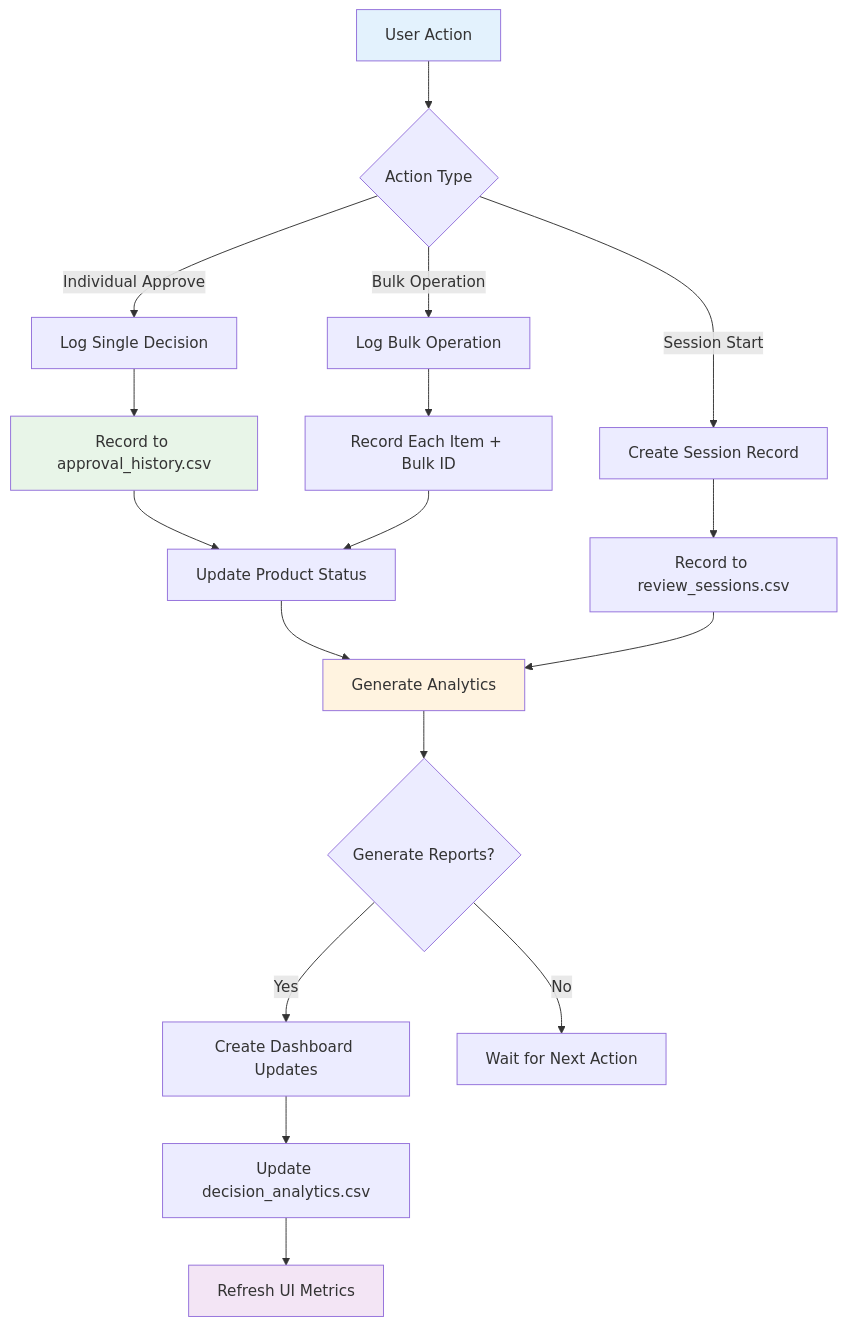
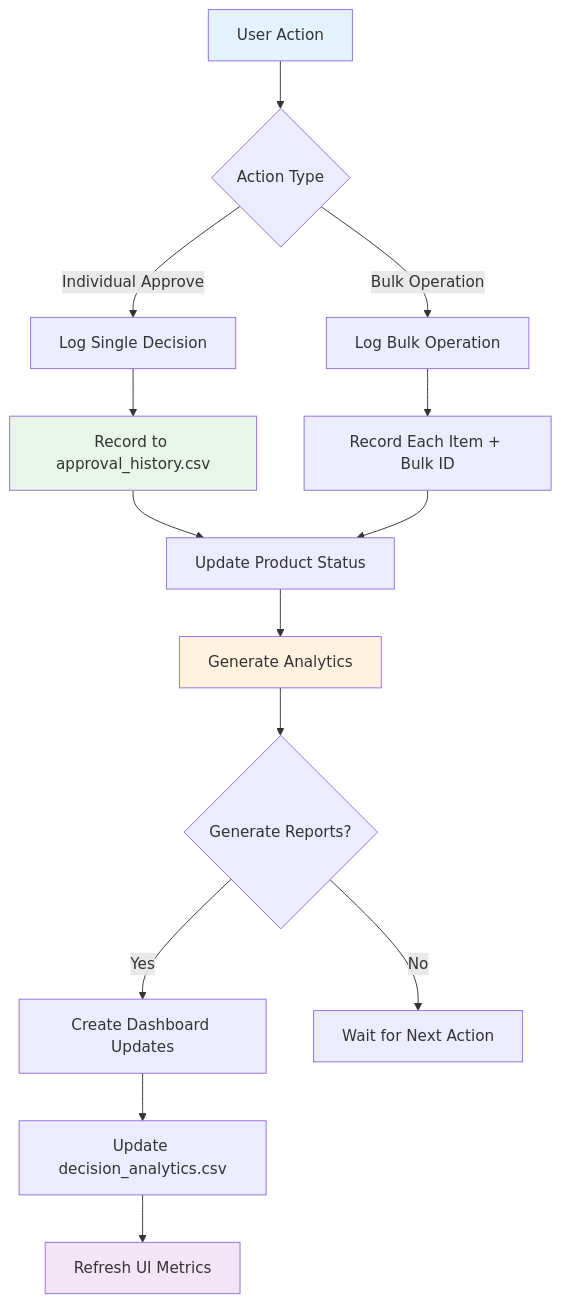
The fifth of 6 diagrams in RECOMMENDED_PRODUCTS_PLAN.md (azen-alex/streamlit), drawn with Mermaid before and after one commit. The commit also changed other lines of this file and 1 other file, not shown here.

First line of the commit message:
Remove review sessions feature from documentation and code

````diff
--- a/RECOMMENDED_PRODUCTS_PLAN.md
+++ b/RECOMMENDED_PRODUCTS_PLAN.md
@@ -411,29 +376,26 @@
 ```mermaid
 flowchart TD
     A[User Action] --> B{Action Type}
     B -->|Individual Approve| C[Log Single Decision]
     B -->|Bulk Operation| D[Log Bulk Operation]
-    B -->|Session Start| E[Create Session Record]
     
     C --> F[Record to approval_history.csv]
     D --> G[Record Each Item + Bulk ID]
-    E --> H[Record to review_sessions.csv]
     
     F --> I[Update Product Status]
     G --> I
     
     I --> J[Generate Analytics]
-    H --> J
     
     J --> K{Generate Reports?}
     K -->|Yes| L[Create Dashboard Updates]
     K -->|No| M[Wait for Next Action]
     
     L --> N[Update decision_analytics.csv]
     N --> O[Refresh UI Metrics]
     
     style A fill:#e3f2fd
     style F fill:#e8f5e8
     style J fill:#fff3e0
     style O fill:#f3e5f5
 ```
````
